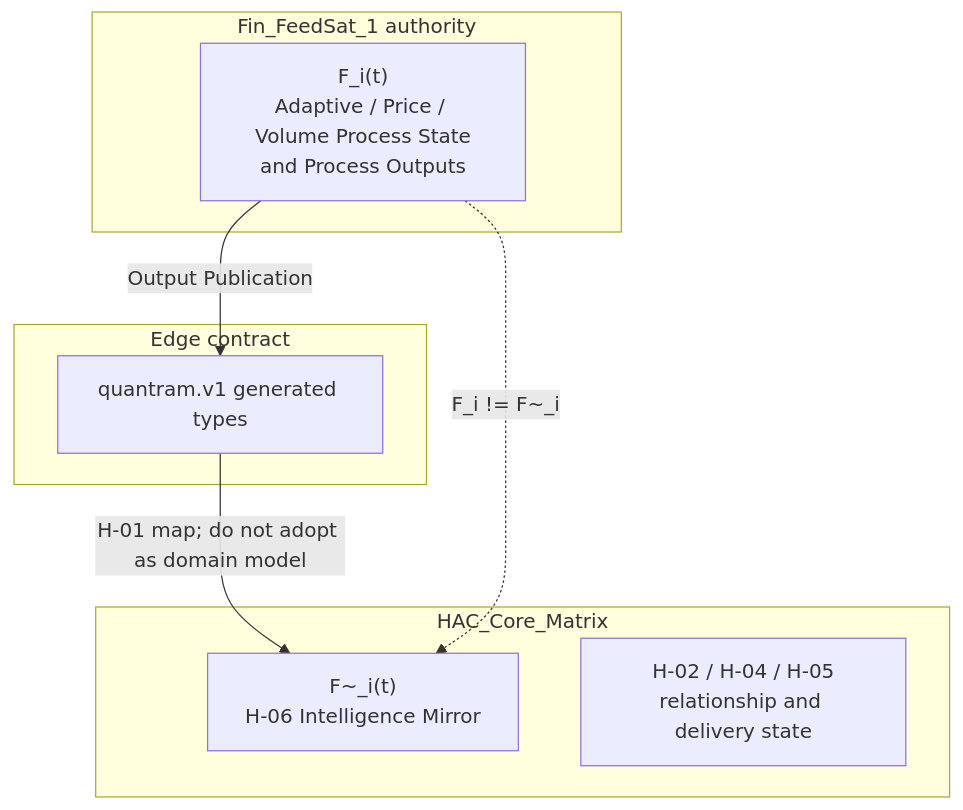
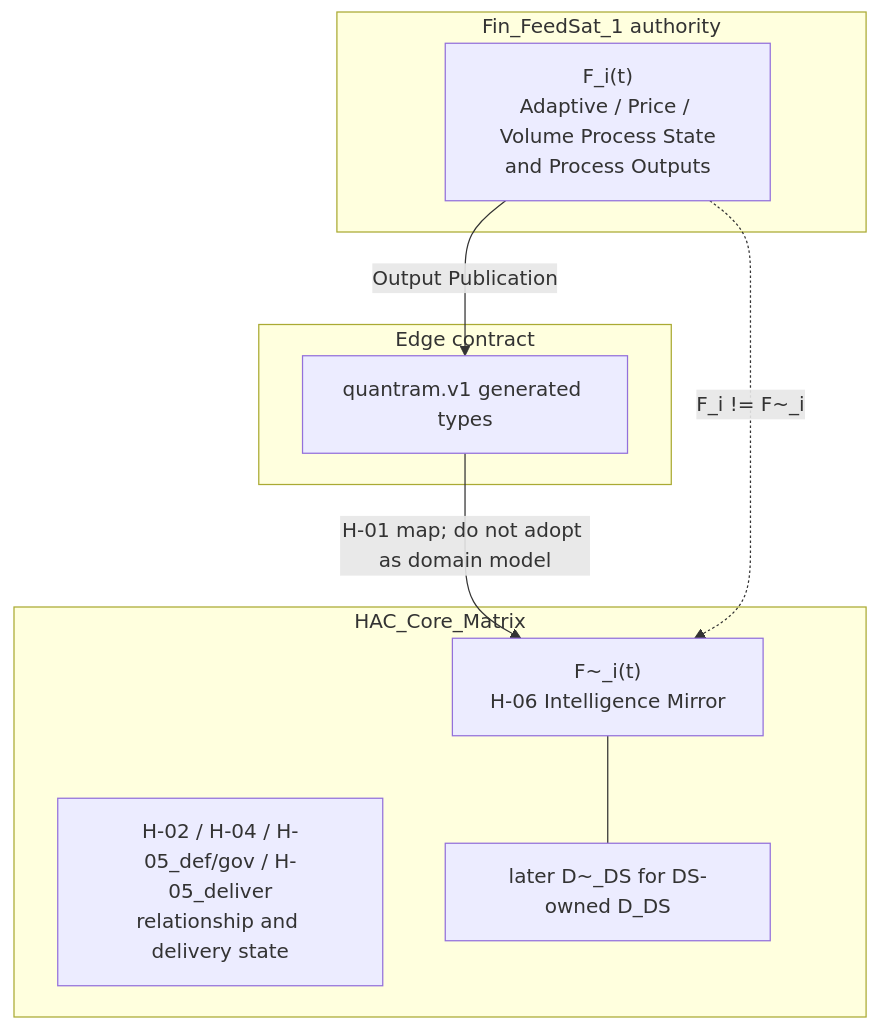
Before and after one commit to srao977/HACCAM: the fifth of 8 diagrams in docs/design/HACCAM_PROCESS_MODEL_V0_1_090726.md, drawn with Mermaid. The commit also changed other lines of this file, not shown here.

````diff
--- a/docs/design/HACCAM_PROCESS_MODEL_V0_1_090726.md
+++ b/docs/design/HACCAM_PROCESS_MODEL_V0_1_090726.md
@@ -1241,16 +1636,18 @@
 ```mermaid
 flowchart TB
     subgraph FS["Fin_FeedSat_1 authority"]
         FI["F_i(t)<br/>Adaptive / Price / Volume Process State<br/>and Process Outputs"]
     end
     subgraph EDGE["Edge contract"]
         GRPC["quantram.v1 generated types"]
     end
     subgraph MX["HAC_Core_Matrix"]
         FT["F~_i(t)<br/>H-06 Intelligence Mirror"]
-        REL["H-02 / H-04 / H-05<br/>relationship and delivery state"]
+        REL["H-02 / H-04 / H-05_def/gov / H-05_deliver<br/>relationship and delivery state"]
+        DT["later D~_DS for DS-owned D_DS"]
     end
     FI -->|"Output Publication"| GRPC
     GRPC -->|"H-01 map; do not adopt as domain model"| FT
     FI -.->|"F_i != F~_i"| FT
+    FT --- DT
 ```
````
